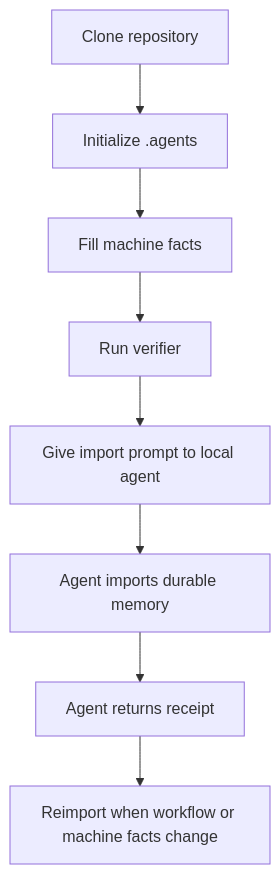
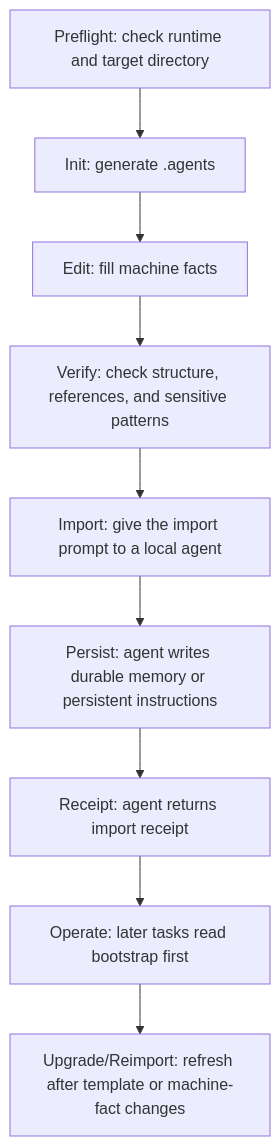
The diagram in README.en.md (s1oopX/agent-memory-workflow), drawn with Mermaid before and after one commit. The commit also changed other lines of this file and 4 other files, not shown here.

````diff
--- a/README.en.md
+++ b/README.en.md
@@ -114,10 +129,11 @@
 ```mermaid
 flowchart TD
-    A["Clone repository"] --> B["Initialize .agents"]
-    B --> C["Fill machine facts"]
-    C --> D["Run verifier"]
-    D --> E["Give import prompt to local agent"]
-    E --> F["Agent imports durable memory"]
-    F --> G["Agent returns receipt"]
-    G --> H["Reimport when workflow or machine facts change"]
+    A["Preflight: check runtime and target directory"] --> B["Init: generate .agents"]
+    B --> C["Edit: fill machine facts"]
+    C --> D["Verify: check structure, references, and sensitive patterns"]
+    D --> E["Import: give the import prompt to a local agent"]
+    E --> F["Persist: agent writes durable memory or persistent instructions"]
+    F --> G["Receipt: agent returns import receipt"]
+    G --> H["Operate: later tasks read bootstrap first"]
+    H --> I["Upgrade/Reimport: refresh after template or machine-fact changes"]
 ```
````
